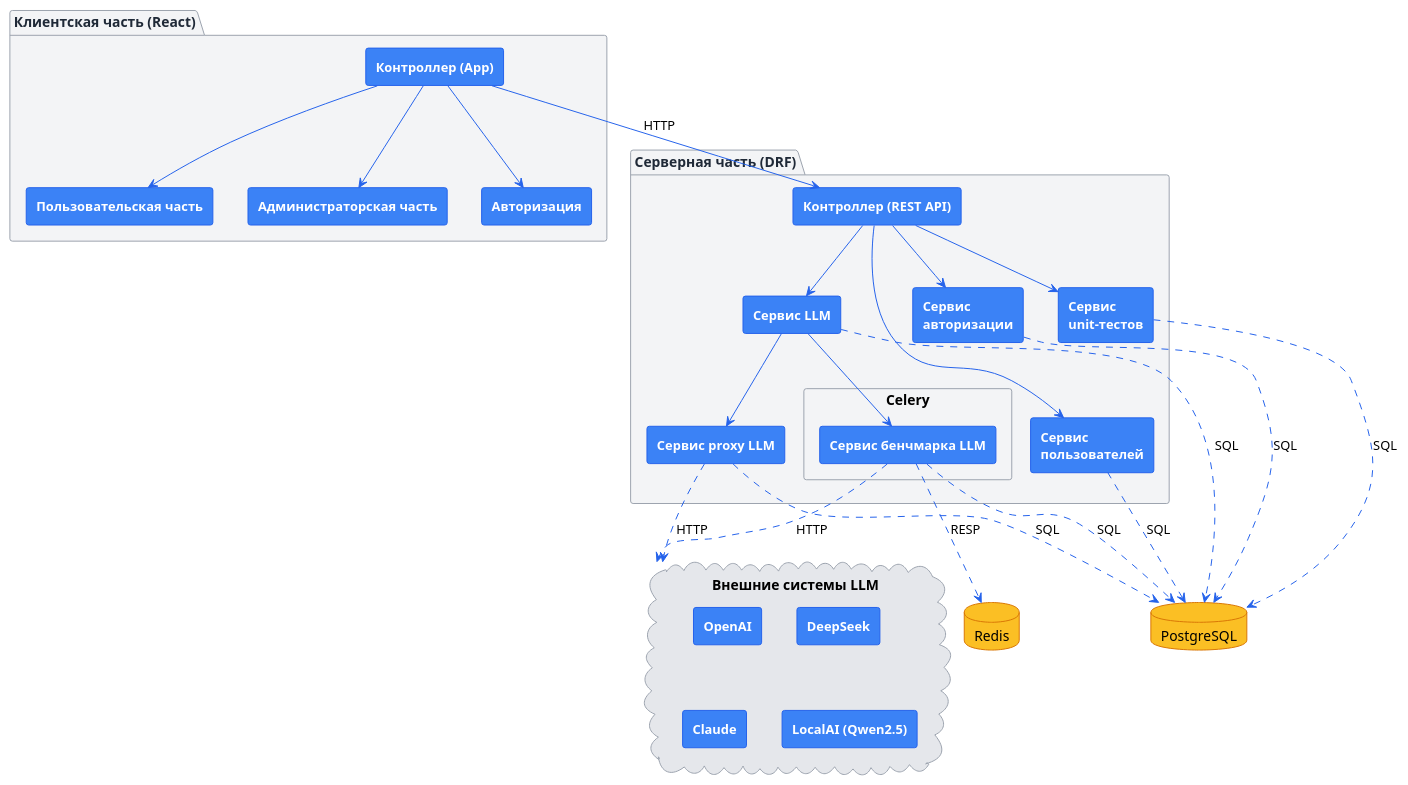
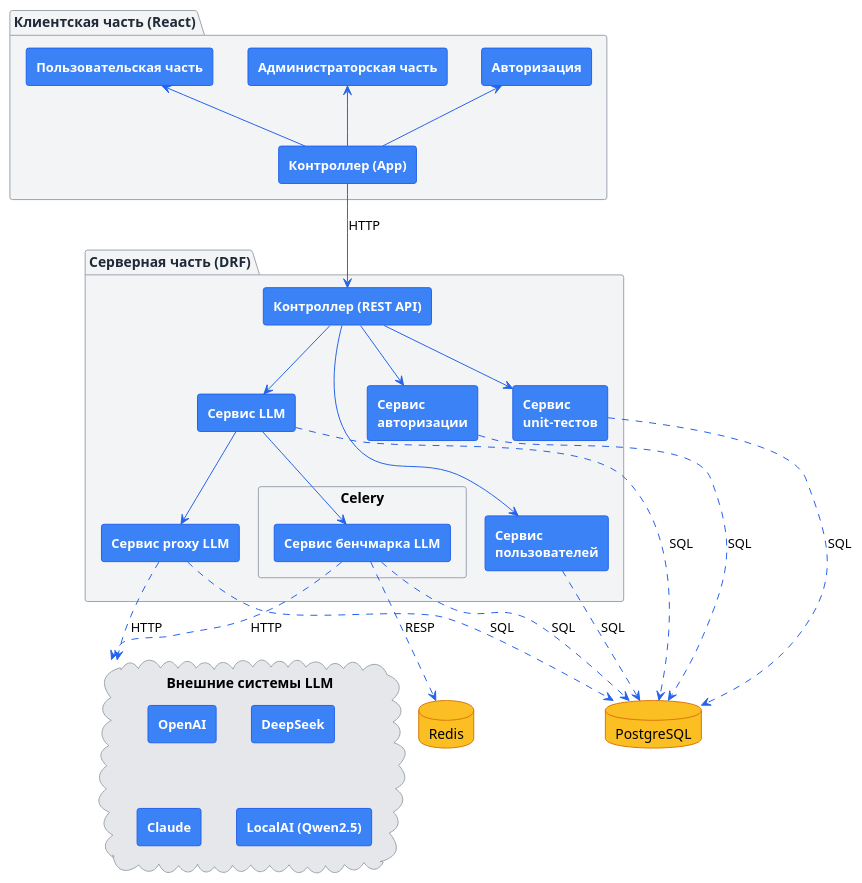
The diagram in diagramms/component_diagram.puml (mrgick/llm_bench), drawn with PlantUML before and after one commit. The commit also changed 1 other file, not shown here.

```diff
--- a/diagramms/component_diagram.puml
+++ b/diagramms/component_diagram.puml
@@ -1,99 +1,99 @@
 @startuml
 !theme plain
 skinparam componentStyle rectangle
 skinparam backgroundColor #FFFFFF
 skinparam component {
     BackgroundColor #3B82F6
     BorderColor #2563EB
     FontColor White
     FontSize 13
     FontStyle bold
 }
 skinparam package {
     BackgroundColor #F3F4F6
     BorderColor #9CA3AF
     FontColor #1F2937
 }
 skinparam database {
     BackgroundColor #FBBF24
     BorderColor #D97706
     FontColor Black
 }
 skinparam queue {
     BackgroundColor #EF4444
     BorderColor #B91C1C
     FontColor White
 }
 skinparam cloud {
     BackgroundColor #E5E7EB
     BorderColor #9CA3AF
     FontColor Black
 }
 skinparam arrowColor #2563EB
 
 ' --- 1. Клиентская часть ---
 package "Клиентская часть (React)" {
     component "Пользовательская часть" as Client
     component "Администраторская часть" as Admin
     component "Авторизация" as Login
     component "Контроллер (App)" as ReactApp
 }
 
 ' --- 2. Серверная часть ---
 package "Серверная часть (DRF)" {
     component "Контроллер (REST API)" as Controller
     component "Сервис\nавторизации" as AuthService
     component "Сервис\nпользователей" as UserService
     component "Сервис\nunit-тестов" as TestService
     component "Сервис LLM" as LLMService
     component "Сервис proxy LLM" as LLMSProxyervice
     rectangle "Celery" as CeleryService {
         component "Сервис бенчмарка LLM" as LLMBenchService
     }
 }
 
 
 
 ' --- 4. Хранилище данных ---
 database "PostgreSQL" as DB
 database "Redis" as Redis
 
 ' --- 5. Внешние системы ---
 cloud "Внешние системы LLM" as ExternalLLMs {
     [OpenAI]
     [DeepSeek]
     [Claude]
     [LocalAI (Qwen2.5)]
 }
 
 ' --- Связи ---
 
 ' Frontend -> Controller
-ReactApp -down-> Client
-ReactApp -down-> Admin
-ReactApp -down-> Login
+ReactApp -up-> Client
+ReactApp -up-> Admin
+ReactApp -up-> Login
 ReactApp -down-> Controller : HTTP
 
 ' Controller -> Services (Routing)
 Controller -down-> AuthService
 Controller -down-> UserService
 Controller -down-> TestService
 Controller -down-> LLMService
 
 ' Services -> Database
 AuthService -[hidden]- UserService
 AuthService ..> DB : SQL
 UserService ..> DB : SQL
 TestService ..> DB : SQL
 LLMService ..> DB : SQL
 LLMSProxyervice ..> DB : SQL
 LLMBenchService ..> DB : SQL
 
 LLMService -down-> LLMSProxyervice
 LLMService -down-> LLMBenchService
 
-LLMSProxyervice ..> ExternalLLMs : HTTP
 LLMBenchService ..> Redis : RESP
 LLMBenchService ..> ExternalLLMs : HTTP
+LLMSProxyervice ..> ExternalLLMs : HTTP
 
 @enduml
```
